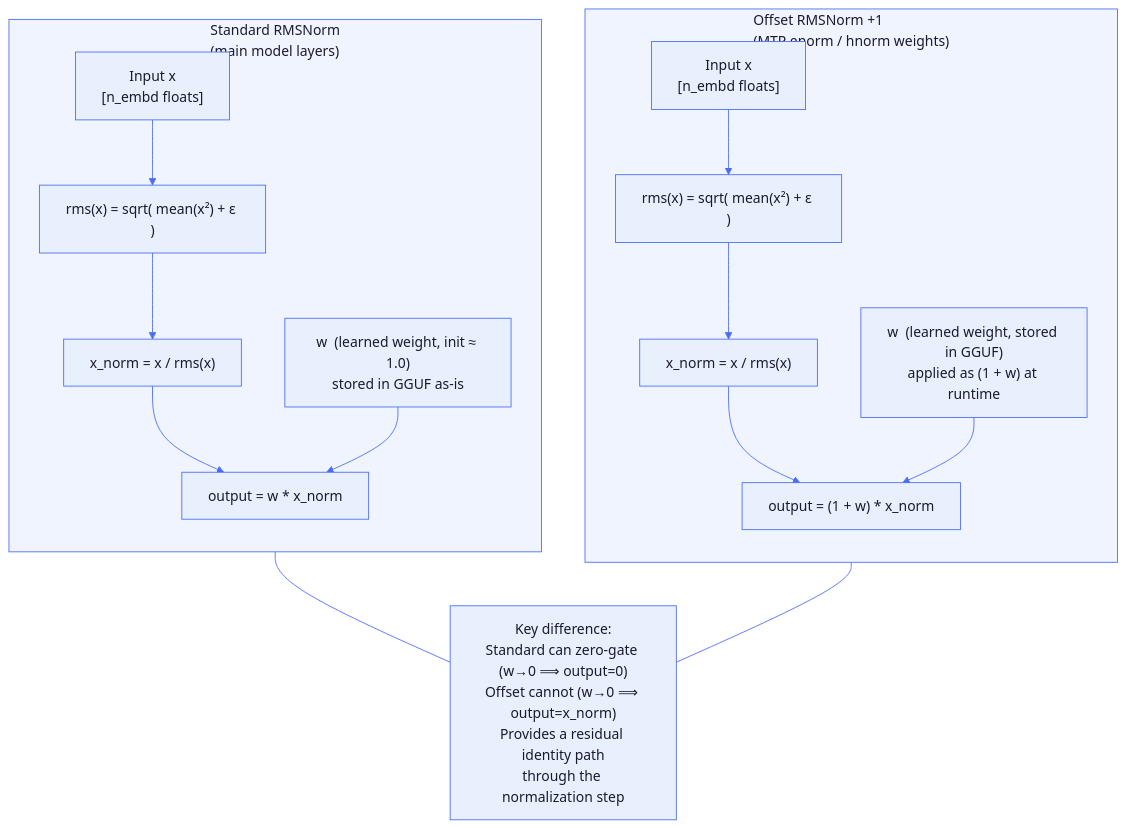
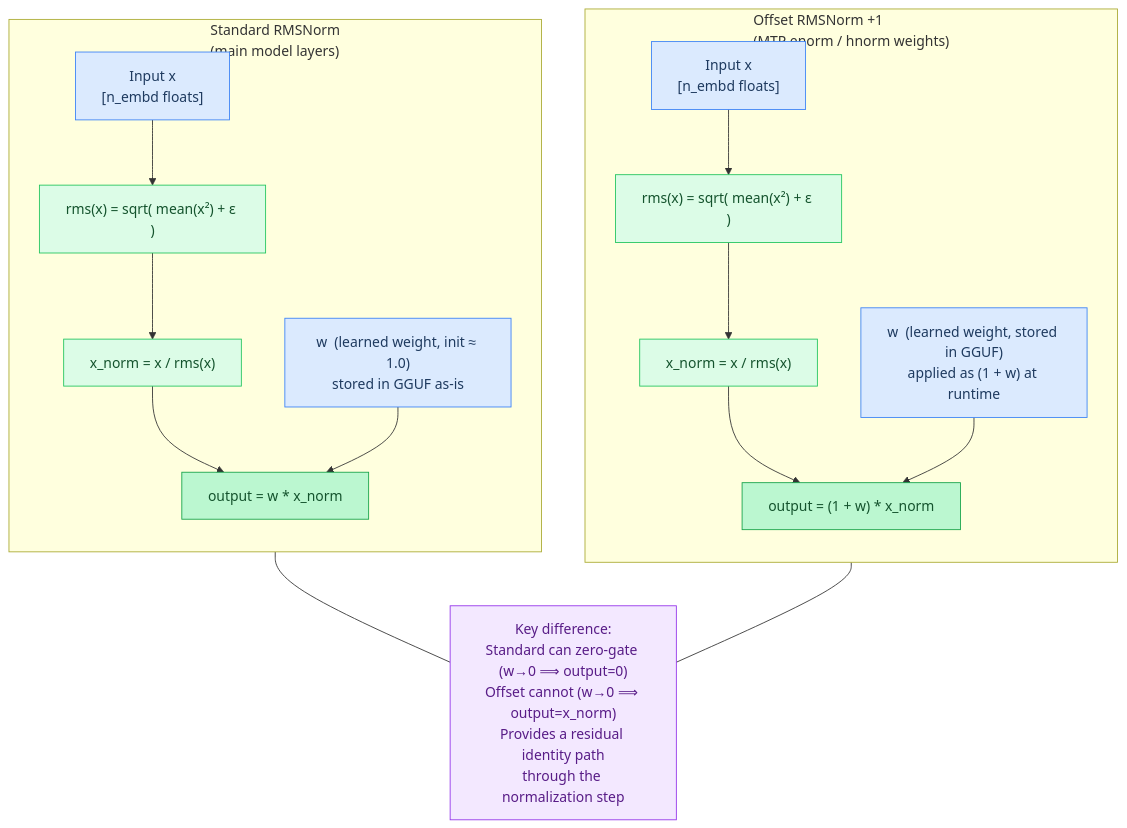
The third of 7 diagrams in docs/tutorial/18-multi-token-prediction.md (maci0/agave), drawn with Mermaid before and after one commit. The commit also changed other lines of this file and 24 other files, not shown here.

First line of the commit message:
docs: convert all mermaid diagrams to classDef semantic colors

````diff
--- a/docs/tutorial/18-multi-token-prediction.md
+++ b/docs/tutorial/18-multi-token-prediction.md
@@ -153,43 +145,36 @@
 ```mermaid
-%%{init: {'theme': 'base', 'themeVariables': {
-  'primaryColor': '#e8f0fe',
-  'primaryTextColor': '#1a1a2e',
-  'primaryBorderColor': '#4a6cf7',
-  'lineColor': '#4a6cf7',
-  'secondaryColor': '#f0f4ff',
-  'tertiaryColor': '#f8f9ff',
-  'edgeLabelBackground': '#ffffff',
-  'clusterBkg': '#f0f4ff',
-  'clusterBorder': '#4a6cf7',
-  'titleColor': '#1a1a2e',
-  'nodeTextColor': '#1a1a2e',
-  'fontFamily': 'ui-monospace, SFMono-Regular, monospace'
-}}}%%
 flowchart TD
+    classDef setup     fill:#dbeafe,stroke:#3b82f6,color:#1e3a5f
+    classDef sync      fill:#dcfce7,stroke:#22c55e,color:#14532d
+    classDef migration fill:#fef9c3,stroke:#eab308,color:#713f12
+    classDef success   fill:#bbf7d0,stroke:#16a34a,color:#14532d
+    classDef danger    fill:#fee2e2,stroke:#ef4444,color:#7f1d1d
+    classDef optional  fill:#f3e8ff,stroke:#9333ea,color:#581c87
+
     subgraph Standard["Standard RMSNorm\n(main model layers)"]
         direction TB
-        SX["Input x\n[n_embd floats]"]
-        SRMS["rms(x) = sqrt( mean(x²) + ε )"]
-        SScale["x_norm = x / rms(x)"]
-        SWeight["w  (learned weight, init ≈ 1.0)\nstored in GGUF as-is"]
-        SOut["output = w * x_norm"]
+        SX["Input x\n[n_embd floats]"]:::setup
+        SRMS["rms(x) = sqrt( mean(x²) + ε )"]:::sync
+        SScale["x_norm = x / rms(x)"]:::sync
+        SWeight["w  (learned weight, init ≈ 1.0)\nstored in GGUF as-is"]:::setup
+        SOut["output = w * x_norm"]:::success
         SX --> SRMS --> SScale --> SOut
         SWeight --> SOut
     end
 
     subgraph Offset["Offset RMSNorm +1\n(MTP enorm / hnorm weights)"]
         direction TB
-        OX["Input x\n[n_embd floats]"]
-        ORMS["rms(x) = sqrt( mean(x²) + ε )"]
-        OScale["x_norm = x / rms(x)"]
-        OWeight["w  (learned weight, stored in GGUF)\napplied as (1 + w) at runtime"]
-        OOut["output = (1 + w) * x_norm"]
+        OX["Input x\n[n_embd floats]"]:::setup
+        ORMS["rms(x) = sqrt( mean(x²) + ε )"]:::sync
+        OScale["x_norm = x / rms(x)"]:::sync
+        OWeight["w  (learned weight, stored in GGUF)\napplied as (1 + w) at runtime"]:::setup
+        OOut["output = (1 + w) * x_norm"]:::success
         OX --> ORMS --> OScale --> OOut
         OWeight --> OOut
     end
 
-    Diff["Key difference:\nStandard can zero-gate (w→0 ⟹ output=0)\nOffset cannot (w→0 ⟹ output=x_norm)\nProvides a residual identity path\nthrough the normalization step"]
+    Diff["Key difference:\nStandard can zero-gate (w→0 ⟹ output=0)\nOffset cannot (w→0 ⟹ output=x_norm)\nProvides a residual identity path\nthrough the normalization step"]:::optional
 
     Standard --- Diff
     Offset --- Diff
 ```
````
